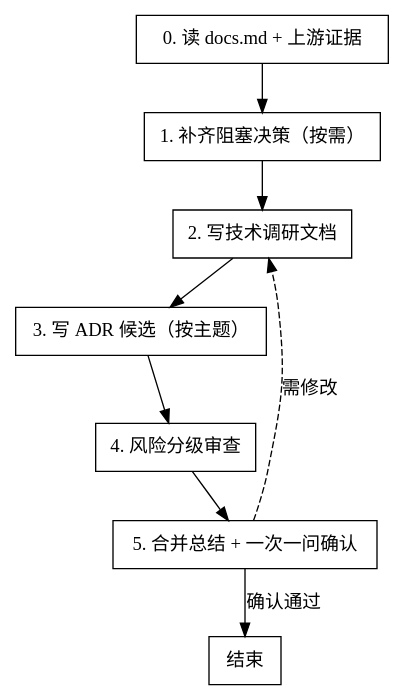
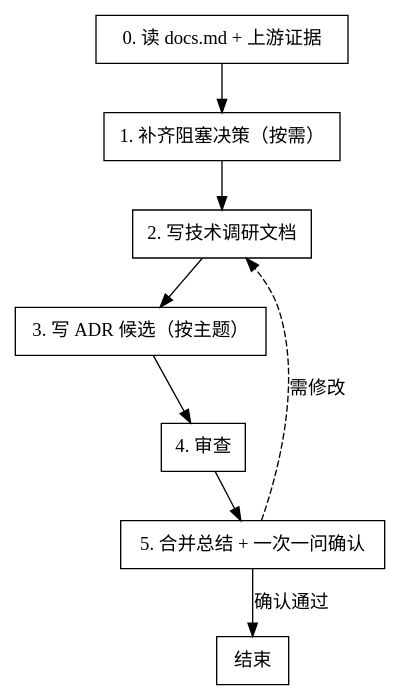
The diagram in dd-project-research/SKILL.md (marcocpt/trae_skills), drawn with Graphviz before and after one commit. The commit also changed other lines of this file and 20 other files, not shown here.

````diff
--- a/dd-project-research/SKILL.md
+++ b/dd-project-research/SKILL.md
@@ -73,13 +73,13 @@
 ```dot
 digraph project_research {
     rankdir=TB;
     node [shape=box];
     "0. 读 docs.md + 上游证据" -> "1. 补齐阻塞决策（按需）";
     "1. 补齐阻塞决策（按需）" -> "2. 写技术调研文档";
     "2. 写技术调研文档" -> "3. 写 ADR 候选（按主题）";
-    "3. 写 ADR 候选（按主题）" -> "4. 风险分级审查";
-    "4. 风险分级审查" -> "5. 合并总结 + 一次一问确认";
+    "3. 写 ADR 候选（按主题）" -> "4. 审查";
+    "4. 审查" -> "5. 合并总结 + 一次一问确认";
     "5. 合并总结 + 一次一问确认" -> "结束" [label="确认通过"];
     "5. 合并总结 + 一次一问确认" -> "2. 写技术调研文档" [label="需修改", style=dashed];
 }
 ```
````
